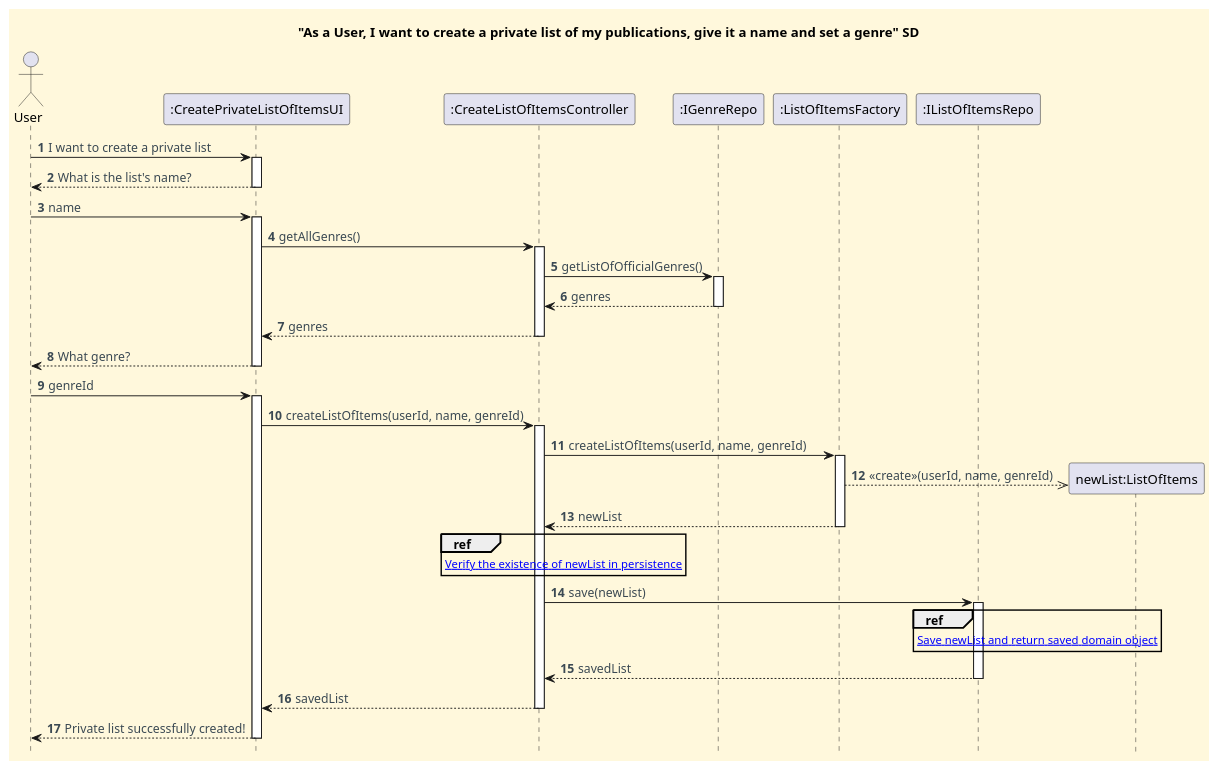
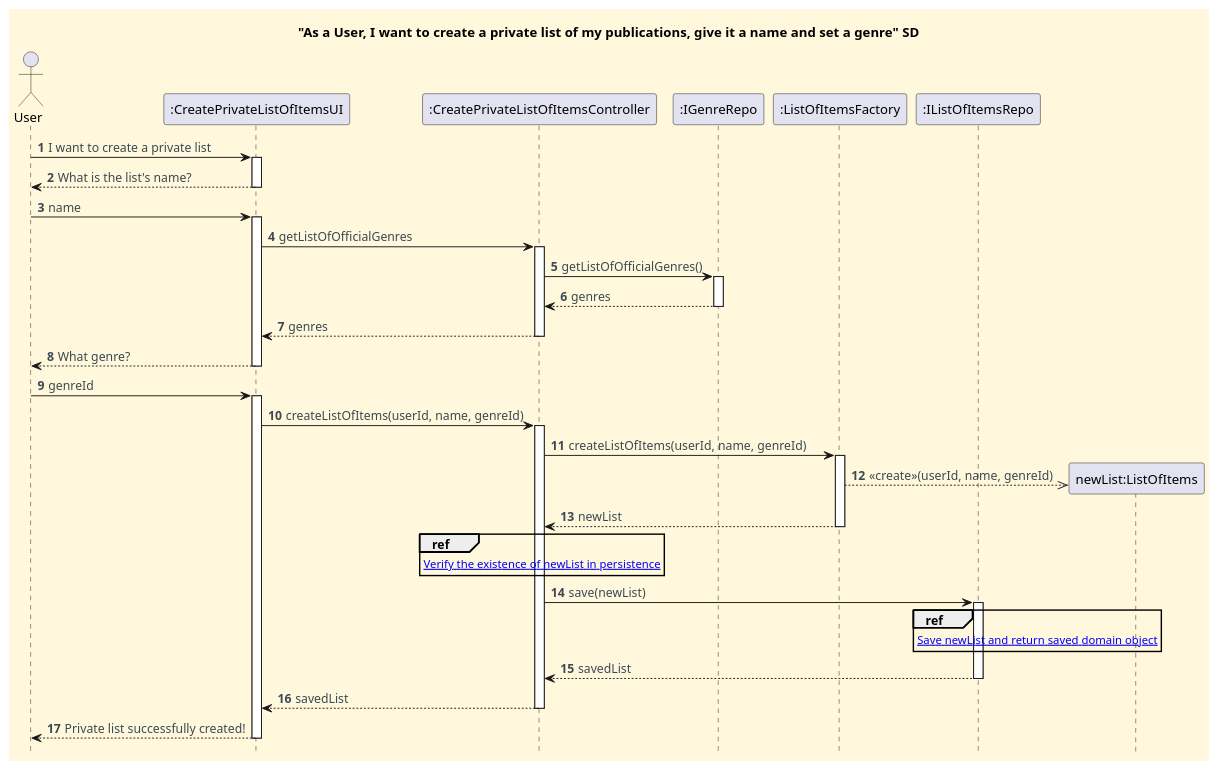
The diagram in docs/functionalities/user/create-private-list-of-my-publications/To_Create_A_Private_List_Of_My_Publications_SD.puml (CarolinaLeite-collab/JavaMarketplacePlatform), drawn with PlantUML before and after one commit. The commit also changed 5 other files, not shown here.

Commit message:
Updated Diagrams to meet team standards, refs: #716

```diff
--- a/docs/functionalities/user/create-private-list-of-my-publications/To_Create_A_Private_List_Of_My_Publications_SD.puml
+++ b/docs/functionalities/user/create-private-list-of-my-publications/To_Create_A_Private_List_Of_My_Publications_SD.puml
@@ -1,75 +1,75 @@
 @startuml
 title "As a User, I want to create a private list of my publications, give it a name and set a genre" SD
 hide footbox
 
 skinparam monochrome false
 skinparam shadowing false
 skinparam defaultFontName Futura
 skinparam objectFontSize 20
 skinparam backgroundColor CornSilk
 skinparam objectBackgroundColor WhiteSmoke
 skinparam noteBackgroundColor #FFFFE0
 skinparam ArrowFontColor #3B4953
 skinparam ActivationBackgroundColor black
 
 autonumber
 autoactivate off
 
 actor "User"
 participant ":CreatePrivateListOfItemsUI" as UI
-participant ":CreateListOfItemsController" as Ctl
+participant ":CreatePrivateListOfItemsController" as Ctl
 participant ":IGenreRepo" as IGenreRepo
 participant ":ListOfItemsFactory" as Factory
 participant ":IListOfItemsRepo" as IRepo
 
 "User" -> UI : I want to create a private list
 activate UI
 UI --> "User" : What is the list's name?
 deactivate UI
 "User" -> UI : name
 activate UI
 
-UI -> Ctl : getAllGenres()
+UI -> Ctl : getListOfOfficialGenres
 activate Ctl
 Ctl -> IGenreRepo : getListOfOfficialGenres()
 activate IGenreRepo
 IGenreRepo --> Ctl : genres
 deactivate IGenreRepo
 Ctl --> UI : genres
 deactivate Ctl
 
 UI --> "User" : What genre?
 deactivate UI
 "User" -> UI : genreId
 activate UI
 
 UI -> Ctl : createListOfItems(userId, name, genreId)
 activate Ctl
 
 Ctl -> Factory : createListOfItems(userId, name, genreId)
 activate Factory
 create "newList:ListOfItems"
 Factory -->> "newList:ListOfItems" : <<create>>(userId, name, genreId)
 Factory --> Ctl : newList
 deactivate Factory
 
 ref over Ctl
 [[sd-ref-diagrams/Verify_ListOfItems.puml Verify the existence of newList in persistence]]
 end ref
 
 Ctl -> IRepo : save(newList)
 
 ref over IRepo
 [[sd-ref-diagrams/Save_ListOfItems.puml Save newList and return saved domain object]]
 end ref
 
 activate IRepo
 IRepo --> Ctl : savedList
 deactivate IRepo
 
 Ctl --> UI : savedList
 deactivate Ctl
 UI --> "User" : Private list successfully created!
 deactivate UI
 
 @enduml
```
